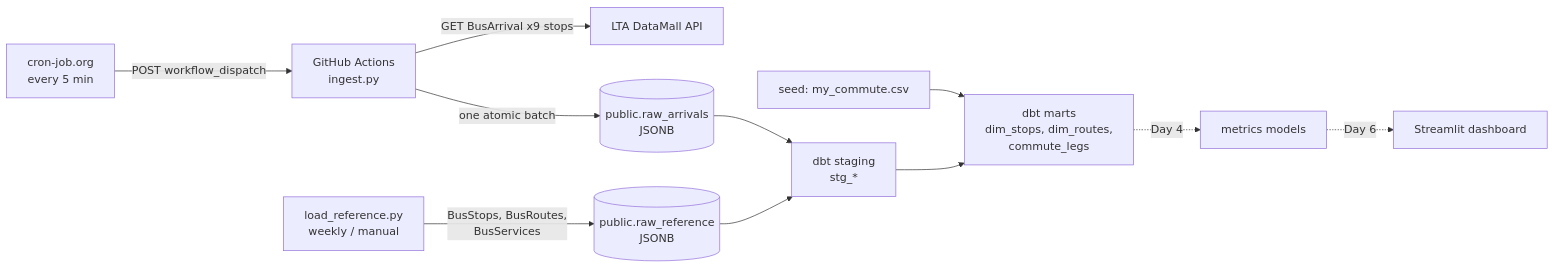
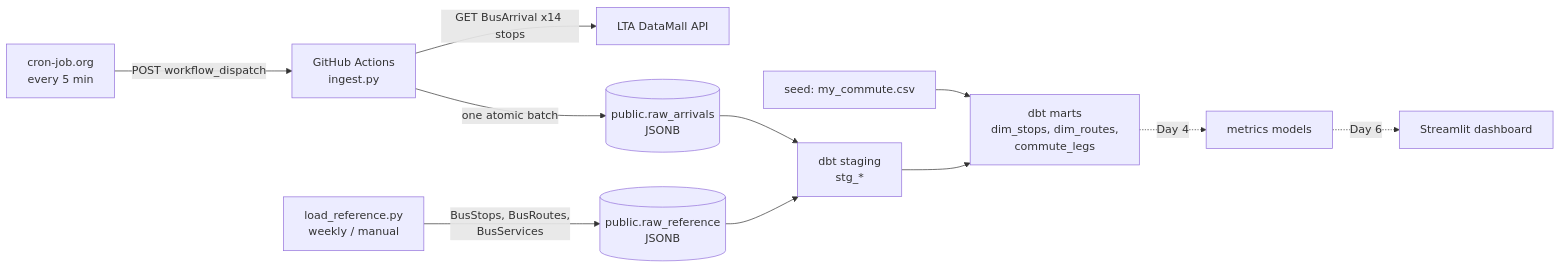
The diagram in docs/PROJECT_LOG.md (ryanzx-zone/sg-bus-reliability), drawn with Mermaid before and after one commit. The commit also changed other lines of this file and 5 other files, not shown here.

````diff
--- a/docs/PROJECT_LOG.md
+++ b/docs/PROJECT_LOG.md
@@ -27,13 +27,13 @@
 ```mermaid
 flowchart LR
     A[cron-job.org<br/>every 5 min] -->|POST workflow_dispatch| B[GitHub Actions<br/>ingest.py]
-    B -->|GET BusArrival x9 stops| C[LTA DataMall API]
+    B -->|GET BusArrival x14 stops| C[LTA DataMall API]
     B -->|one atomic batch| D[(public.raw_arrivals<br/>JSONB)]
     R[load_reference.py<br/>weekly / manual] -->|BusStops, BusRoutes,<br/>BusServices| D2[(public.raw_reference<br/>JSONB)]
     D --> S[dbt staging<br/>stg_*]
     D2 --> S
     SEED[seed: my_commute.csv] --> M
     S --> M[dbt marts<br/>dim_stops, dim_routes,<br/>commute_legs]
     M -.->|Day 4| F[metrics models]
     F -.->|Day 6| G[Streamlit dashboard]
 ```
````
